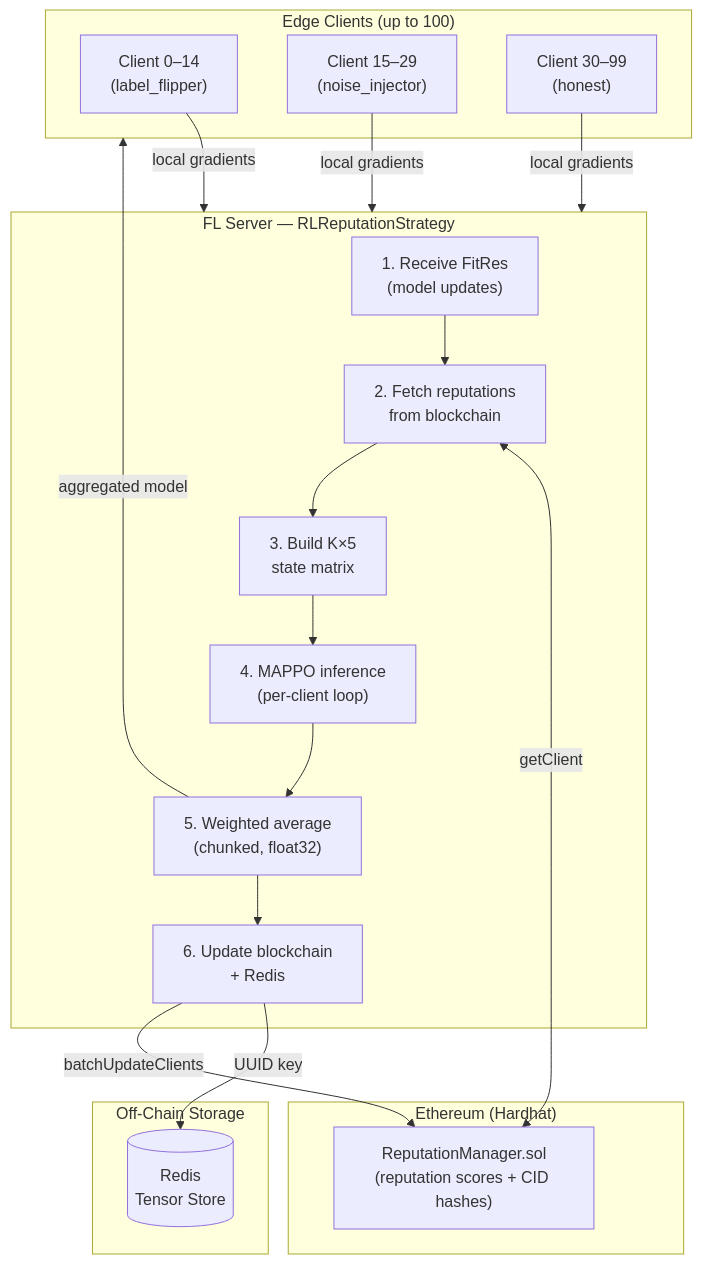
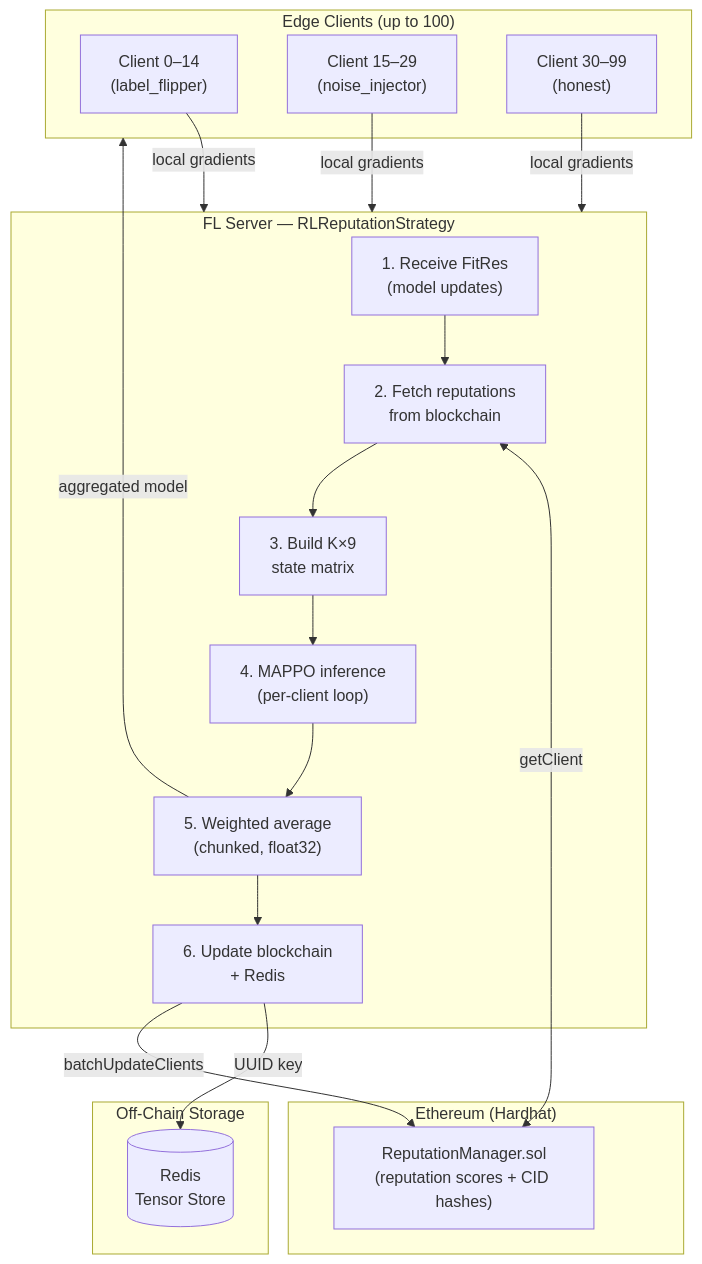
One commit to TheRadDani/R3-FL changed the diagram in README.md. Above: the diagram before and after it, drawn with Mermaid. The commit also changed other lines of this file and 2 other files, not shown here.

````diff
--- a/README.md
+++ b/README.md
@@ -83,36 +83,36 @@
 ```mermaid
 flowchart TD
     subgraph Clients["Edge Clients (up to 100)"]
         C1["Client 0–14\n(label_flipper)"]
         C2["Client 15–29\n(noise_injector)"]
         C3["Client 30–99\n(honest)"]
     end
 
     subgraph OffChain["Off-Chain Storage"]
         Redis[("Redis\nTensor Store")]
     end
 
     subgraph OnChain["Ethereum (Hardhat)"]
         SC["ReputationManager.sol\n(reputation scores + CID hashes)"]
     end
 
     subgraph Server["FL Server — RLReputationStrategy"]
         FM["1. Receive FitRes\n(model updates)"]
         BC["2. Fetch reputations\nfrom blockchain"]
-        SM["3. Build K×5\nstate matrix"]
+        SM["3. Build K×9\nstate matrix"]
         RL["4. MAPPO inference\n(per-client loop)"]
         WA["5. Weighted average\n(chunked, float32)"]
         BU["6. Update blockchain\n+ Redis"]
     end
 
     C1 -->|local gradients| Server
     C2 -->|local gradients| Server
     C3 -->|local gradients| Server
 
     WA -->|aggregated model| Clients
     BU -->|UUID key| Redis
     BU -->|batchUpdateClients| SC
     BC <-->|getClient| SC
 
     FM --> BC --> SM --> RL --> WA --> BU
 ```
````
